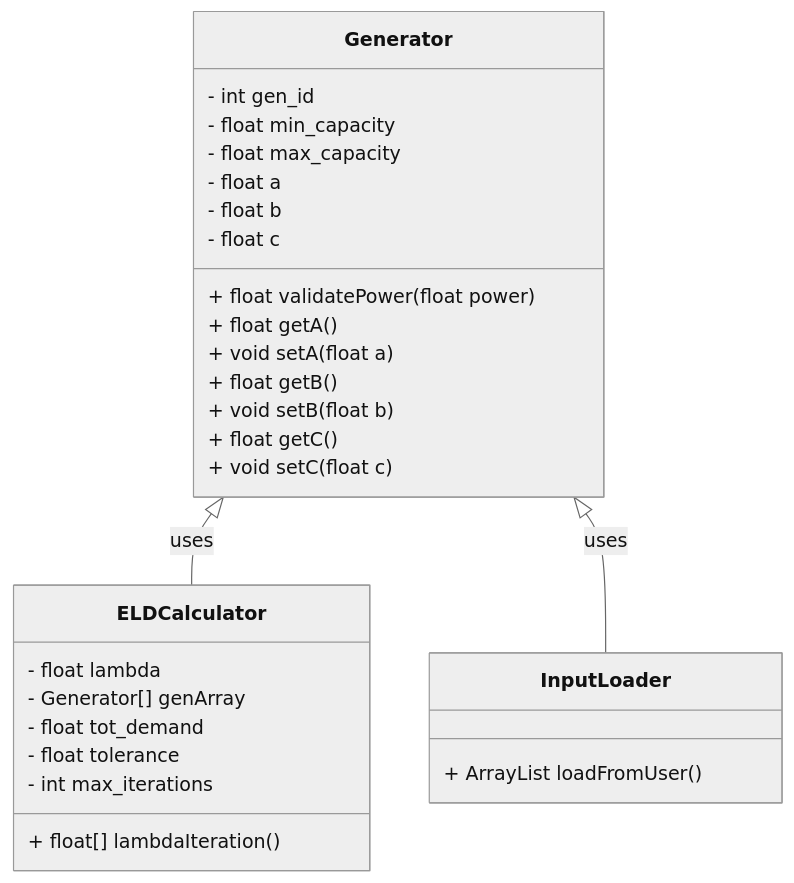
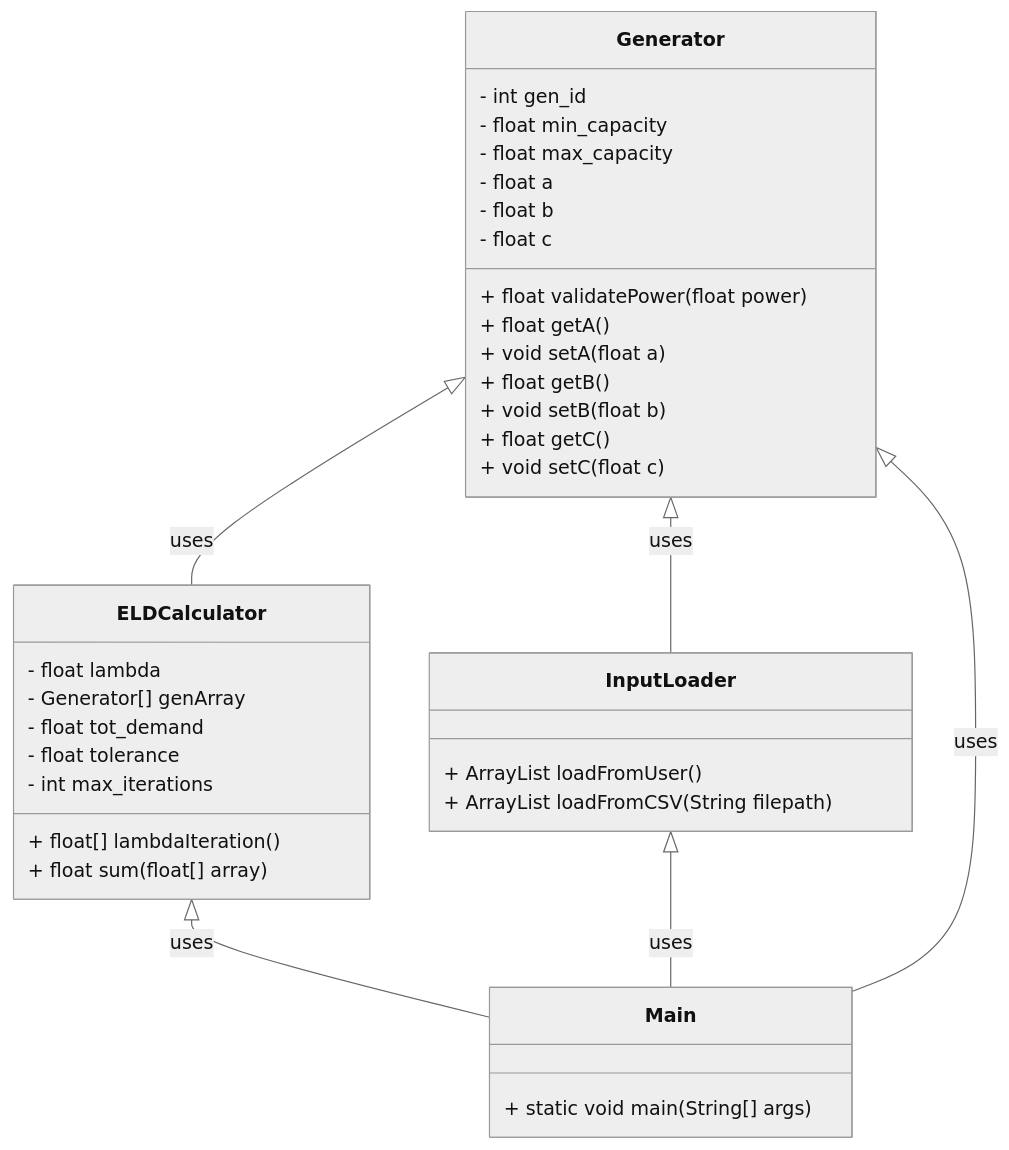
One commit to Sree2011/eld-console-java changed the diagram in README.md. Above: the diagram before and after it, drawn with Mermaid (neutral theme). The commit also changed other lines of this file, not shown here.

````diff
--- a/README.md
+++ b/README.md
@@ -23,35 +37,46 @@
 ```mermaid
 classDiagram
     class Generator {
         - int gen_id
         - float min_capacity
         - float max_capacity
         - float a
         - float b
         - float c
         + float validatePower(float power)
         + float getA()
         + void setA(float a)
         + float getB()
         + void setB(float b)
         + float getC()
         + void setC(float c)
     }
     
     class InputLoader{
         + ArrayList<Generator> loadFromUser()
+        + ArrayList<Generator> loadFromCSV(String filepath)
     }
     
     class ELDCalculator {
         - float lambda
         - Generator[] genArray
         - float tot_demand
         - float tolerance
         - int max_iterations
         + float[] lambdaIteration()
+        + float sum(float[] array)
     }
+
+    class Main{
+        + static void main(String[] args)
+    }
+
+
 
     Generator <|-- ELDCalculator : uses
     Generator <|-- InputLoader : uses
+    ELDCalculator <|-- Main : uses
+    InputLoader <|-- Main : uses
+    Generator <|-- Main : uses
 end
 ```
````
